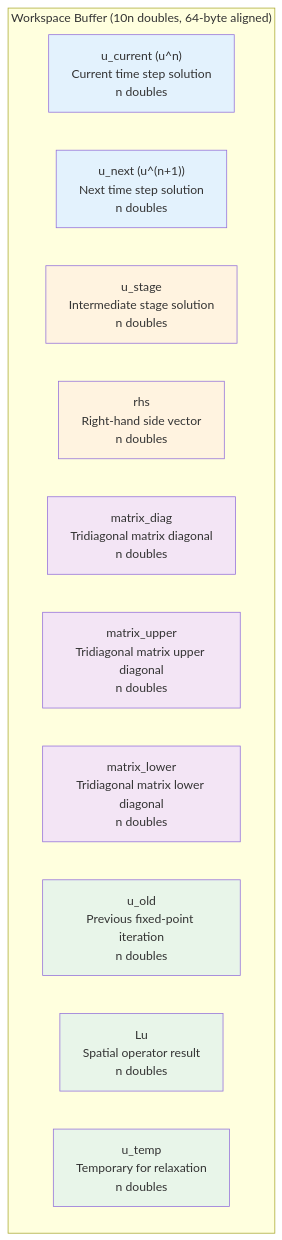
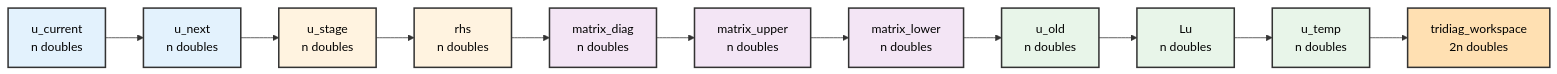
One commit to accelas/mango-option changed the second of 3 diagrams in docs/ARCHITECTURE.md. Above: the diagram before and after it, drawn with Mermaid. The commit also changed other lines of this file, not shown here.

First line of the commit message:
Fix ARCHITECTURE.md inaccuracies based on code review

````diff
--- a/docs/ARCHITECTURE.md
+++ b/docs/ARCHITECTURE.md
@@ -500,26 +496,28 @@
 ```mermaid
-graph TD
-    subgraph "Workspace Buffer (10n doubles, 64-byte aligned)"
-        A["u_current (u^n)<br/>Current time step solution<br/>n doubles"]
-        B["u_next (u^(n+1))<br/>Next time step solution<br/>n doubles"]
-        C["u_stage<br/>Intermediate stage solution<br/>n doubles"]
-        D["rhs<br/>Right-hand side vector<br/>n doubles"]
-        E["matrix_diag<br/>Tridiagonal matrix diagonal<br/>n doubles"]
-        F["matrix_upper<br/>Tridiagonal matrix upper diagonal<br/>n doubles"]
-        G["matrix_lower<br/>Tridiagonal matrix lower diagonal<br/>n doubles"]
-        H["u_old<br/>Previous fixed-point iteration<br/>n doubles"]
-        I["Lu<br/>Spatial operator result<br/>n doubles"]
-        J["u_temp<br/>Temporary for relaxation<br/>n doubles"]
-    end
+graph LR
+    A["u_current<br/>n doubles"]
+    B["u_next<br/>n doubles"]
+    C["u_stage<br/>n doubles"]
+    D["rhs<br/>n doubles"]
+    E["matrix_diag<br/>n doubles"]
+    F["matrix_upper<br/>n doubles"]
+    G["matrix_lower<br/>n doubles"]
+    H["u_old<br/>n doubles"]
+    I["Lu<br/>n doubles"]
+    J["u_temp<br/>n doubles"]
+    K["tridiag_workspace<br/>2n doubles"]
 
-    style A fill:#e3f2fd
-    style B fill:#e3f2fd
-    style C fill:#fff3e0
-    style D fill:#fff3e0
-    style E fill:#f3e5f5
-    style F fill:#f3e5f5
-    style G fill:#f3e5f5
-    style H fill:#e8f5e9
-    style I fill:#e8f5e9
-    style J fill:#e8f5e9
+    A --> B --> C --> D --> E --> F --> G --> H --> I --> J --> K
+
+    style A fill:#e3f2fd,stroke:#333,stroke-width:2px,color:#000
+    style B fill:#e3f2fd,stroke:#333,stroke-width:2px,color:#000
+    style C fill:#fff3e0,stroke:#333,stroke-width:2px,color:#000
+    style D fill:#fff3e0,stroke:#333,stroke-width:2px,color:#000
+    style E fill:#f3e5f5,stroke:#333,stroke-width:2px,color:#000
+    style F fill:#f3e5f5,stroke:#333,stroke-width:2px,color:#000
+    style G fill:#f3e5f5,stroke:#333,stroke-width:2px,color:#000
+    style H fill:#e8f5e9,stroke:#333,stroke-width:2px,color:#000
+    style I fill:#e8f5e9,stroke:#333,stroke-width:2px,color:#000
+    style J fill:#e8f5e9,stroke:#333,stroke-width:2px,color:#000
+    style K fill:#ffe0b2,stroke:#333,stroke-width:2px,color:#000
 ```
````
